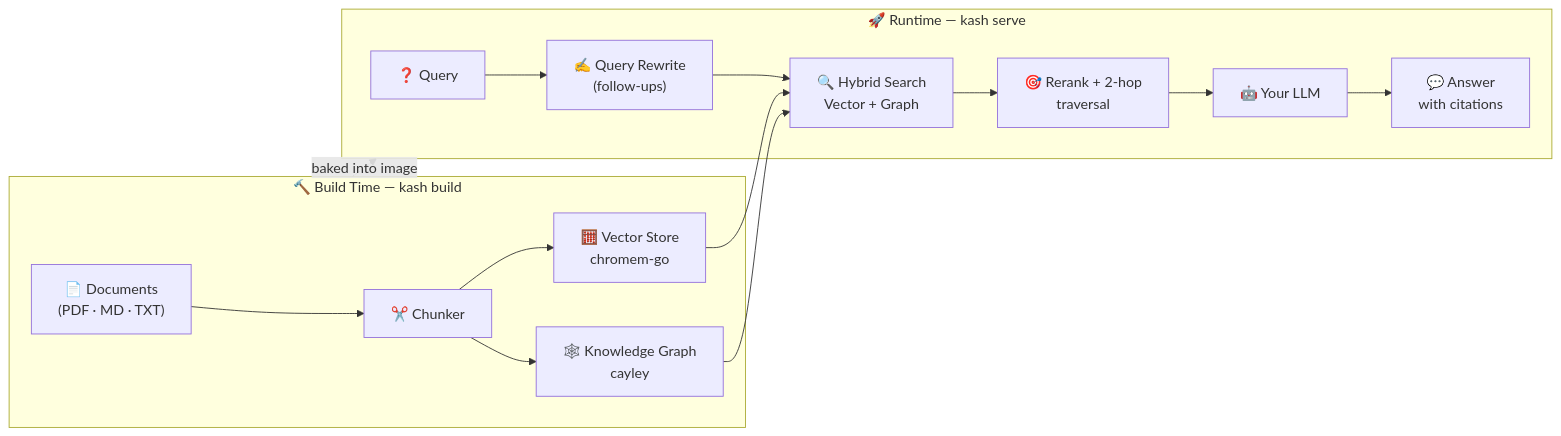
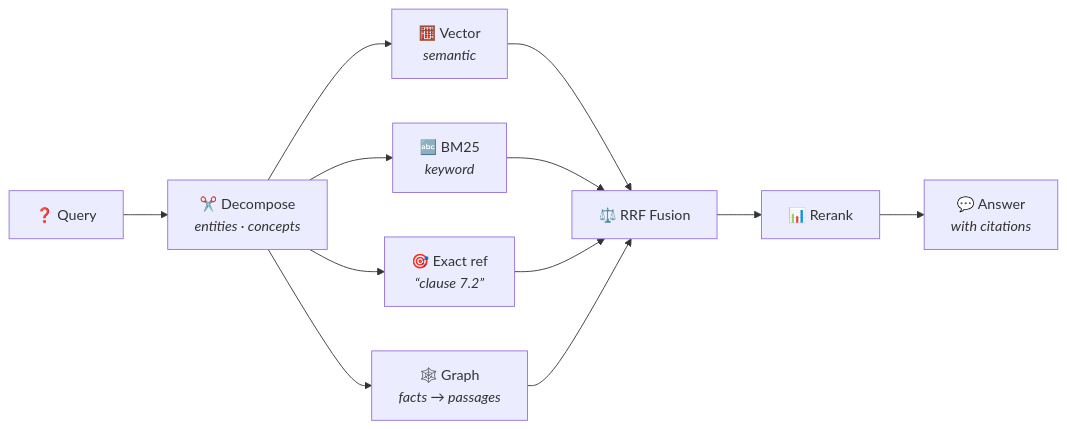
The diagram in README.md (akashicode/kash), drawn with Mermaid before and after one commit. The commit also changed other lines of this file, not shown here.

````diff
--- a/README.md
+++ b/README.md
@@ -71,20 +73,14 @@
 ```mermaid
 flowchart LR
-    subgraph BUILD ["🔨 Build Time — kash build"]
-        A["📄 Documents<br/>(PDF · MD · TXT)"] --> B["✂️ Chunker"]
-        B --> C["🧮 Vector Store<br/>chromem-go"]
-        B --> D["🕸️ Knowledge Graph<br/>cayley"]
-    end
-
-    subgraph RUN ["🚀 Runtime — kash serve"]
-        E["❓ Query"] --> R["✍️ Query Rewrite<br/>(follow-ups)"]
-        R --> F["🔍 Hybrid Search<br/>Vector + Graph"]
-        C --> F
-        D --> F
-        F --> G["🎯 Rerank + 2-hop<br/>traversal"]
-        G --> H["🤖 Your LLM"]
-        H --> I["💬 Answer<br/>with citations"]
-    end
-
-    BUILD -.->|"baked into image"| RUN
+    Q["❓ Query"] --> D["✂️ Decompose<br/><i>entities · concepts</i>"]
+    D --> V["🧮 Vector<br/><i>semantic</i>"]
+    D --> L["🔤 BM25<br/><i>keyword</i>"]
+    D --> X["🎯 Exact ref<br/><i>“clause 7.2”</i>"]
+    D --> G["🕸️ Graph<br/><i>facts → passages</i>"]
+    V --> F["⚖️ RRF Fusion"]
+    L --> F
+    X --> F
+    G --> F
+    F --> RR["📊 Rerank"]
+    RR --> A["💬 Answer<br/><i>with citations</i>"]
 ```
````
